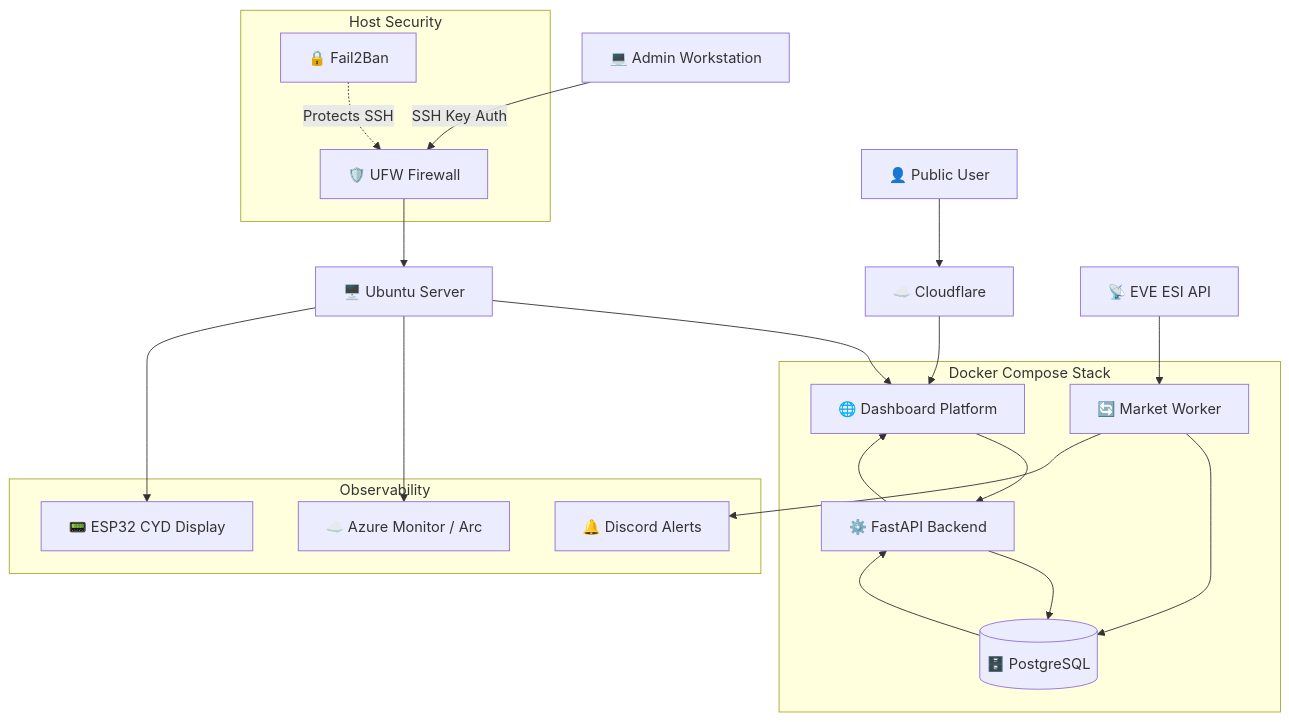
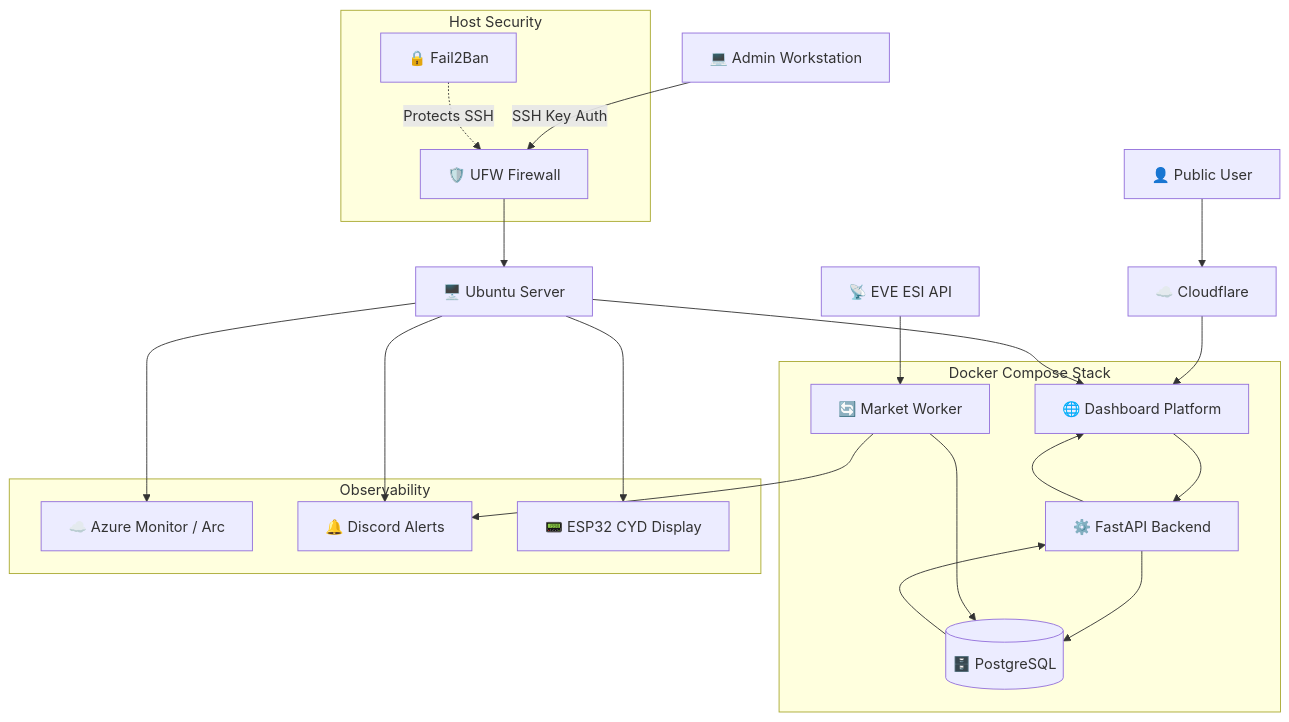
One commit to Relis-lol/homelab-hybrid-cloud-platform changed the diagram in diagrams/current-architecture.md. Above: the diagram before and after it, drawn with Mermaid.

````diff
--- a/diagrams/current-architecture.md
+++ b/diagrams/current-architecture.md
@@ -3,73 +3,74 @@
 ```mermaid
 graph TD
 
 %% ----------- USERS -----------
 User["👤 Public User"]
 Admin["💻 Admin Workstation"]
 
 %% ----------- CLOUDFLARE -----------
 CF["☁️ Cloudflare"]
 
 %% ----------- SECURITY -----------
 subgraph Security["Host Security"]
     UFW["🛡️ UFW Firewall"]
     Fail2Ban["🔒 Fail2Ban"]
 end
 
 %% ----------- HOST -----------
 Server["🖥️ Ubuntu Server"]
 
 %% ----------- DOCKER -----------
 subgraph Docker["Docker Compose Stack"]
 
     Frontend["🌐 Dashboard Platform"]
 
     API["⚙️ FastAPI Backend"]
 
     Worker["🔄 Market Worker"]
 
     DB[(🗄️ PostgreSQL)]
 
 end
 
-%% ----------- MONITORING -----------
+%% ----------- OBSERVABILITY -----------
 subgraph Monitoring["Observability"]
 
     Azure["☁️ Azure Monitor / Arc"]
 
     Discord["🔔 Discord Alerts"]
 
     CYD["📟 ESP32 CYD Display"]
 
 end
 
 %% ----------- EXTERNAL -----------
 ESI["📡 EVE ESI API"]
 
 %% ----------- PUBLIC ACCESS -----------
 User --> CF
 CF --> Frontend
 
 %% ----------- ADMIN ACCESS -----------
 Admin -->|SSH Key Auth| UFW
 Fail2Ban -.->|Protects SSH| UFW
 UFW --> Server
 
 %% ----------- APPLICATION FLOW -----------
 Server --> Frontend
 Frontend --> API
 API --> DB
 
 %% ----------- DATA PIPELINE -----------
 ESI --> Worker
 Worker --> DB
 
 %% ----------- ANALYTICS FLOW -----------
 DB --> API
 API --> Frontend
 
-%% ----------- OBSERVABILITY -----------
+%% ----------- OBSERVABILITY FLOW -----------
+Server --> Azure
+Server --> Discord
+Server --> CYD
 Worker --> Discord
-Server --> Azure
-Server --> CYD
 ```
````
